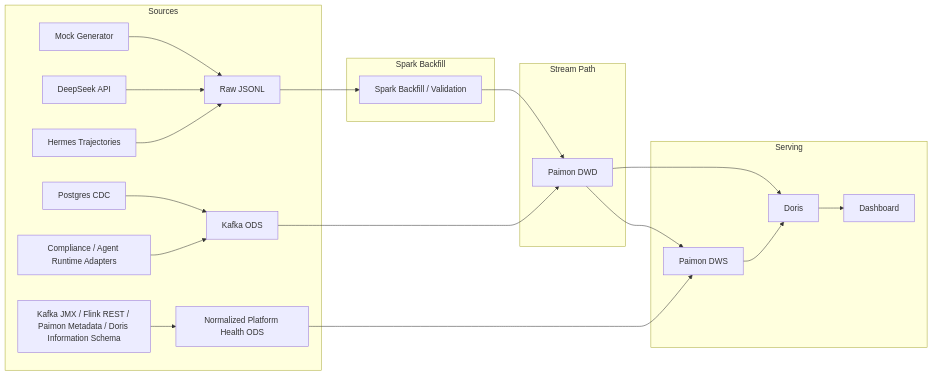
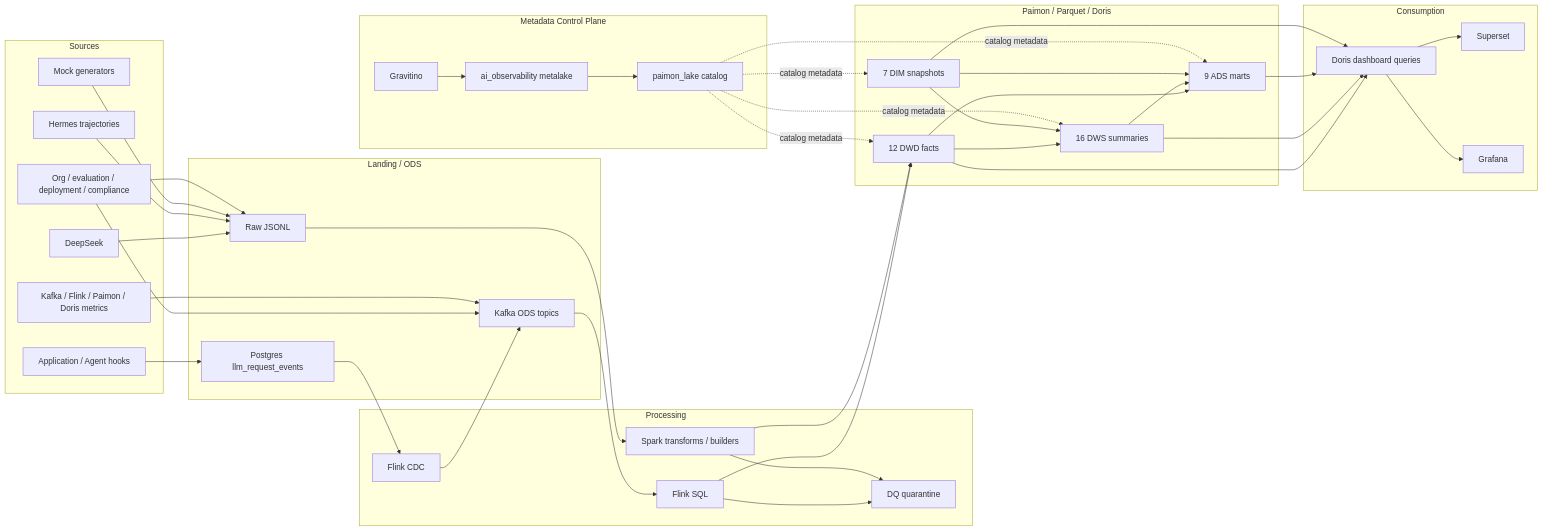
Before and after one commit to CHEUKFUNGWU/ai-observability-lakehouse: the diagram in docs/data_lineage.md, drawn with Mermaid. The commit also changed other lines of this file and 18 other files, not shown here.

````diff
--- a/docs/data_lineage.md
+++ b/docs/data_lineage.md
@@ -3,25 +7,74 @@
 ```mermaid
-graph LR
-    subgraph Sources
-        A["Mock Generator"] --> R["Raw JSONL"]
-        B["DeepSeek API"] --> R
-        C["Hermes Trajectories"] --> R
-        D["Postgres CDC"] --> K["Kafka ODS"]
-        E["Compliance / Agent Runtime Adapters"] --> K
-        F["Kafka JMX / Flink REST / Paimon Metadata / Doris Information Schema"] --> PH["Normalized Platform Health ODS"]
+flowchart LR
+    subgraph Sources["Sources"]
+      APP["Application / Agent hooks"]
+      DEEP["DeepSeek"]
+      HERMES["Hermes trajectories"]
+      MOCK["Mock generators"]
+      ENTERPRISE["Org / evaluation / deployment / compliance"]
+      PLATFORM["Kafka / Flink / Paimon / Doris metrics"]
     end
-    subgraph Spark Backfill
-        R --> SP["Spark Backfill / Validation"]
+
+    subgraph Landing["Landing / ODS"]
+      RAW["Raw JSONL"]
+      PG["Postgres llm_request_events"]
+      K["Kafka ODS topics"]
     end
-    subgraph Stream Path
-        K --> DWD_S["Paimon DWD"]
+
+    subgraph Processing["Processing"]
+      CDC["Flink CDC"]
+      FS["Flink SQL"]
+      SB["Spark transforms / builders"]
+      Q["DQ quarantine"]
     end
-    SP --> DWD_S
-    DWD_S --> DWS_S["Paimon DWS"]
-    PH --> DWS_S
-    subgraph Serving
-        DWS_S --> CH["Doris"]
-        DWD_S --> CH
-        CH --> DASH["Dashboard"]
+
+    subgraph Warehouse["Paimon / Parquet / Doris"]
+      DWD["12 DWD facts"]
+      DIM["7 DIM snapshots"]
+      DWS["16 DWS summaries"]
+      ADS["9 ADS marts"]
     end
+
+    subgraph Metadata["Metadata Control Plane"]
+      GRAVITINO["Gravitino"]
+      METALAKE["ai_observability metalake"]
+      PCATALOG["paimon_lake catalog"]
+    end
+
+    subgraph Consumption["Consumption"]
+      SQL["Doris dashboard queries"]
+      SUP["Superset"]
+      GRA["Grafana"]
+    end
+
+    APP --> PG
+    DEEP --> RAW
+    HERMES --> RAW
+    MOCK --> RAW
+    ENTERPRISE --> RAW
+    ENTERPRISE --> K
+    PLATFORM --> K
+    PG --> CDC --> K
+    K --> FS
+    RAW --> SB
+    FS --> DWD
+    SB --> DWD
+    FS --> Q
+    SB --> Q
+    DWD --> DWS
+    DIM --> DWS
+    DWD --> ADS
+    DWS --> ADS
+    DIM --> ADS
+    GRAVITINO --> METALAKE --> PCATALOG
+    PCATALOG -.catalog metadata.-> DWD
+    PCATALOG -.catalog metadata.-> DIM
+    PCATALOG -.catalog metadata.-> DWS
+    PCATALOG -.catalog metadata.-> ADS
+    DWD --> SQL
+    DWS --> SQL
+    ADS --> SQL
+    DIM --> SQL
+    SQL --> SUP
+    SQL --> GRA
 ```
````
